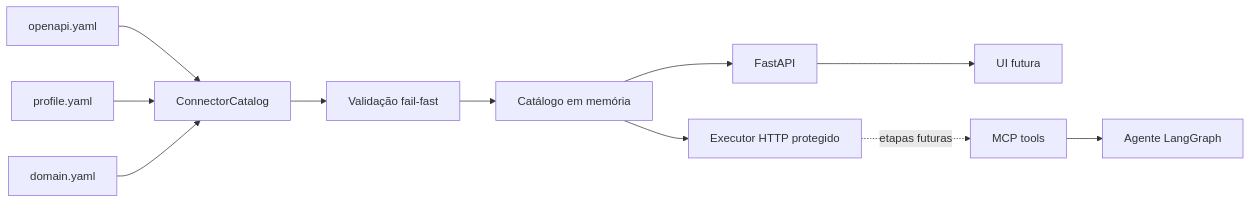
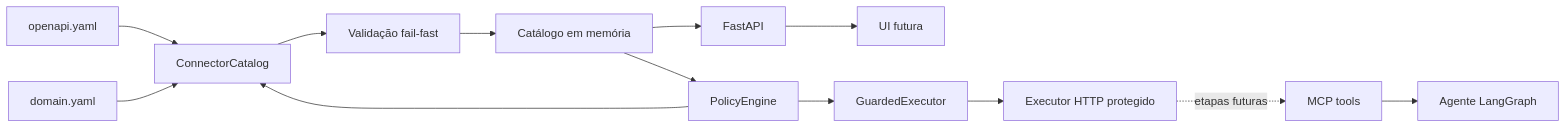
One commit to ChristianGandra21/indusguard changed the first of 3 diagrams in docs/architecture.md. Above: the diagram before and after it, drawn with Mermaid. The commit also changed other lines of this file and 16 other files, not shown here.

Commit message:
feat: add deterministic policy engine

````diff
--- a/docs/architecture.md
+++ b/docs/architecture.md
@@ -9,13 +9,15 @@
 ```mermaid
 flowchart LR
     O[openapi.yaml] --> L[ConnectorCatalog]
     P[profile.yaml] --> L
     D[domain.yaml] --> L
     L --> V[Validação fail-fast]
     V --> C[Catálogo em memória]
     C --> API[FastAPI]
     API --> UI[UI futura]
-    C --> E[Executor HTTP protegido]
+    C --> P[PolicyEngine]
+    P --> G[GuardedExecutor]
+    G --> E[Executor HTTP protegido]
     E -. etapas futuras .-> MCP[MCP tools]
     MCP --> A[Agente LangGraph]
 ```
````
